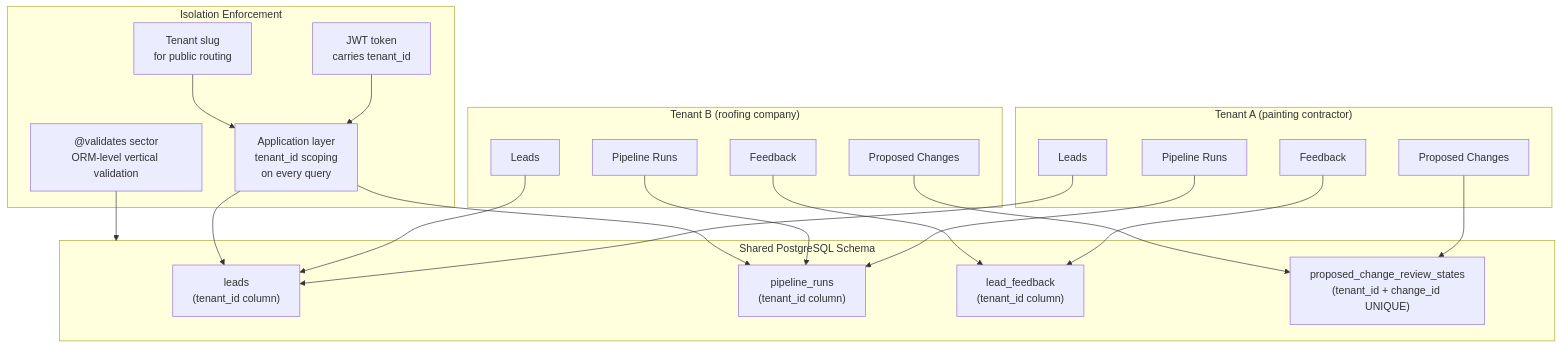
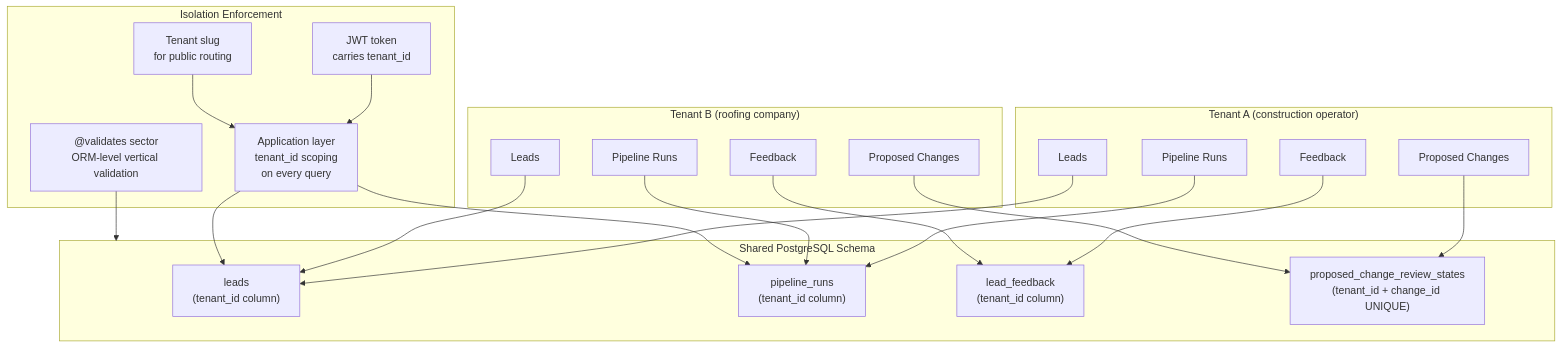
One commit to Daniel-Inversiq/Inversiq changed the seventh of 7 diagrams in docs/system-diagrams.md. Above: the diagram before and after it, drawn with Mermaid. The commit also changed other lines of this file and 15 other files, not shown here.

````diff
--- a/docs/system-diagrams.md
+++ b/docs/system-diagrams.md
@@ -424,46 +424,46 @@
 ```mermaid
 graph TB
-    subgraph TENANT_A["Tenant A (painting contractor)"]
+    subgraph TENANT_A["Tenant A (construction operator)"]
         LA["Leads"]
         PA["Pipeline Runs"]
         FA["Feedback"]
         CA["Proposed Changes"]
     end
 
     subgraph TENANT_B["Tenant B (roofing company)"]
         LB["Leads"]
         PB["Pipeline Runs"]
         FB["Feedback"]
         CB["Proposed Changes"]
     end
 
     subgraph SHARED_DB["Shared PostgreSQL Schema"]
         TBL_L["leads\n(tenant_id column)"]
         TBL_P["pipeline_runs\n(tenant_id column)"]
         TBL_F["lead_feedback\n(tenant_id column)"]
         TBL_C["proposed_change_review_states\n(tenant_id + change_id UNIQUE)"]
     end
 
     LA --> TBL_L
     PA --> TBL_P
     FA --> TBL_F
     CA --> TBL_C
 
     LB --> TBL_L
     PB --> TBL_P
     FB --> TBL_F
     CB --> TBL_C
 
     subgraph ISOLATION["Isolation Enforcement"]
         APP["Application layer\ntenant_id scoping\non every query"]
         JWT["JWT token\ncarries tenant_id"]
         SLUG["Tenant slug\nfor public routing"]
         VALID["@validates sector\nORM-level vertical validation"]
     end
 
     APP --> TBL_L
     APP --> TBL_P
     JWT --> APP
     SLUG --> APP
     VALID --> SHARED_DB
 ```
````
